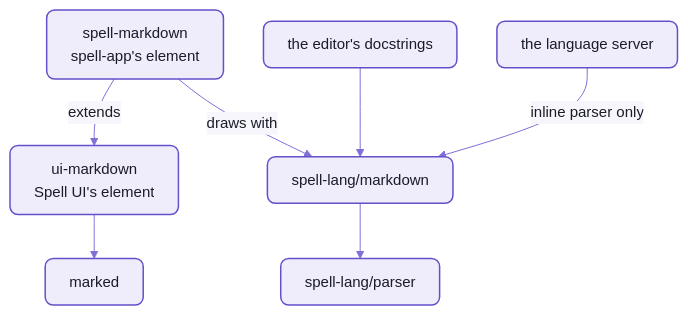
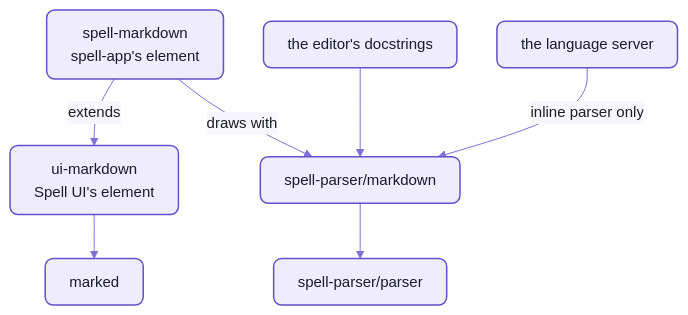
Before and after one commit to spell-app/spell: the second of 2 diagrams in parser/README-markdown.md, drawn with Mermaid. The commit also changed other lines of this file and 618 other files, not shown here.

````diff
--- a/parser/README-markdown.md
+++ b/parser/README-markdown.md
@@ -279,12 +279,12 @@
 ```mermaid
 %%{init: {"theme":"base","themeVariables":{"fontFamily":"-apple-system, BlinkMacSystemFont, Segoe UI, Helvetica, Arial, sans-serif","fontSize":"15px","primaryColor":"#EFECFB","primaryBorderColor":"#6550CA","primaryTextColor":"#1A1C27","secondaryColor":"#F4F1E9","tertiaryColor":"#F7F6FC","lineColor":"#7F6FD6","textColor":"#7F6FD6","clusterBkg":"#F7F6FC","clusterBorder":"#B9B0E8","titleColor":"#1A1C27","edgeLabelBackground":"#F7F6FC","actorBkg":"#EFECFB","actorBorder":"#6550CA","actorTextColor":"#1A1C27","actorLineColor":"#9C90DE","signalColor":"#7F6FD6","signalTextColor":"#7F6FD6","labelBoxBkgColor":"#EFECFB","labelBoxBorderColor":"#6550CA","labelTextColor":"#1A1C27","loopTextColor":"#7F6FD6","noteBkgColor":"#F1E7D4","noteBorderColor":"#C9B48A","noteTextColor":"#1A1C27","activationBkgColor":"#DCD6F7","activationBorderColor":"#6550CA","sequenceNumberColor":"#FFFFFF"},"flowchart":{"curve":"basis","padding":12,"nodeSpacing":40,"rankSpacing":44}}}%%
 flowchart TB
   spmd["spell-markdown<br/>spell-app's element"] -- extends --> uimd["ui-markdown<br/>Spell UI's element"]
-  spmd -- "draws with" --> md["spell-lang/markdown"]
+  spmd -- "draws with" --> md["spell-parser/markdown"]
   docs["the editor's docstrings"] --> md
   lsp["the language server"] -- "inline parser only" --> md
   uimd --> marked["marked"]
-  md --> parser["spell-lang/parser"]
+  md --> parser["spell-parser/parser"]
   %% the Spell look:  yarn mermaid:pretty
   classDef default fill:#EFECFB,stroke:#6550CA,stroke-width:1.5px,color:#1A1C27,rx:8px,ry:8px
 ```
````
